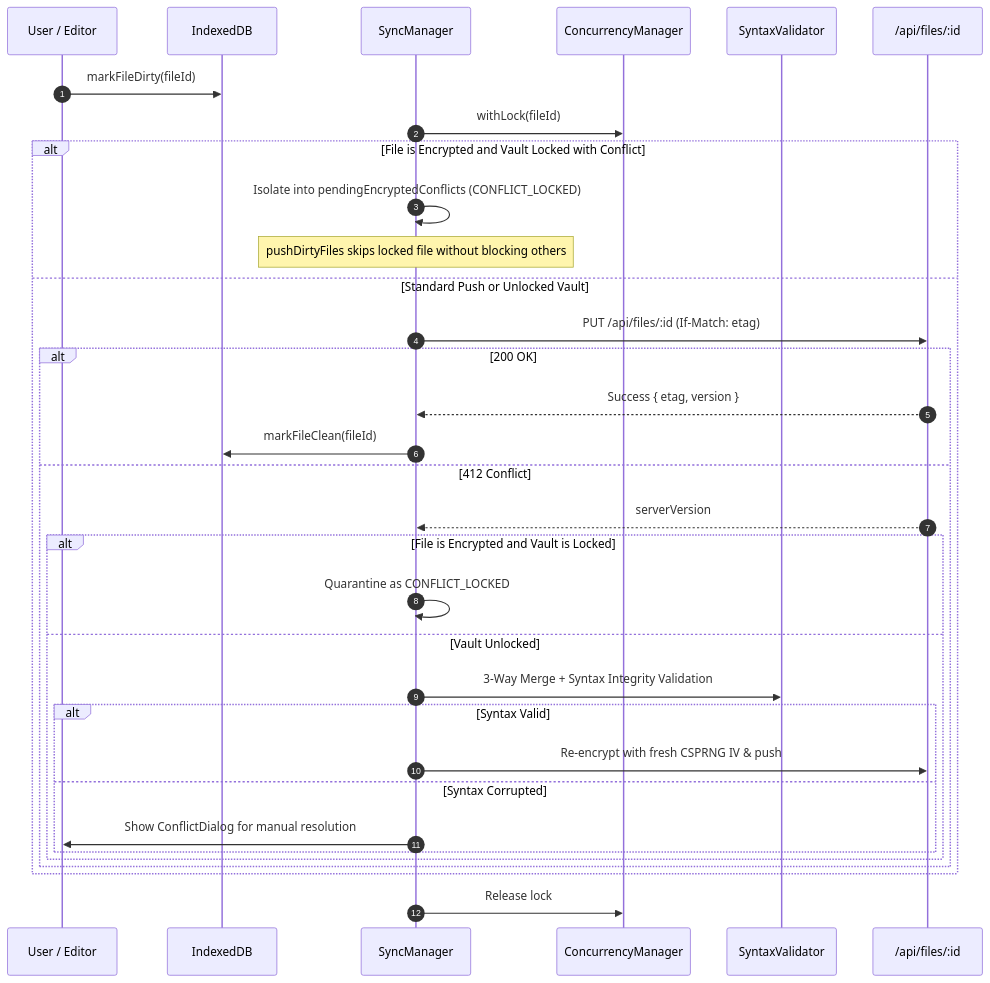
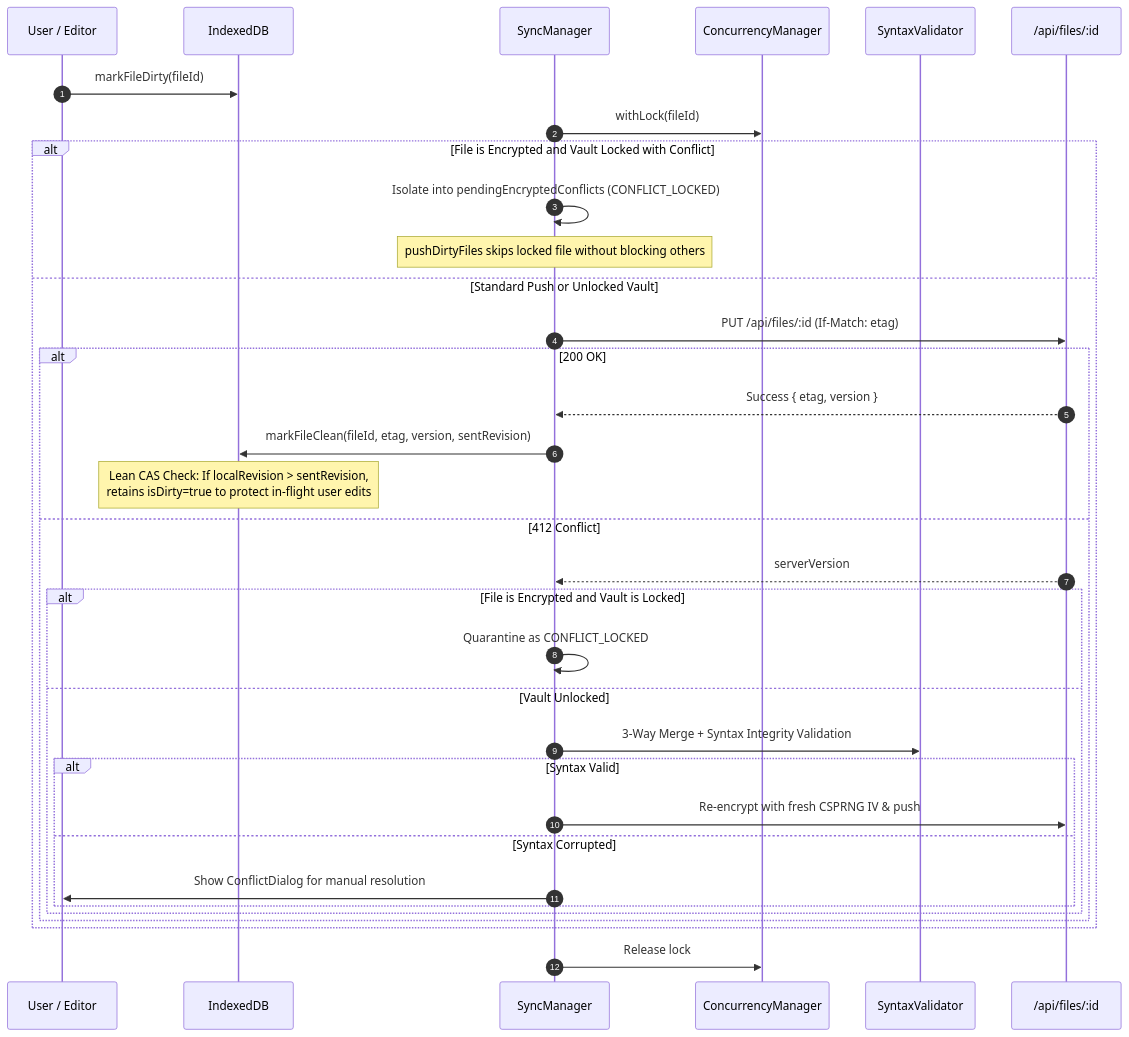
The second of 4 diagrams in docs/architecture/sync/sync-architecture-overview.md (Abdullah931-stack/LUGX), drawn with Mermaid before and after one commit. The commit also changed other lines of this file and 15 other files, not shown here.

````diff
--- a/docs/architecture/sync/sync-architecture-overview.md
+++ b/docs/architecture/sync/sync-architecture-overview.md
@@ -90,36 +90,37 @@
 ```mermaid
 sequenceDiagram
     autonumber
     participant UI as User / Editor
     participant IDB as IndexedDB
     participant Sync as SyncManager
     participant Lock as ConcurrencyManager
     participant Safe as SyntaxValidator
     participant API as /api/files/:id
 
     UI->>IDB: markFileDirty(fileId)
     Sync->>Lock: withLock(fileId)
     alt File is Encrypted and Vault Locked with Conflict
         Sync->>Sync: Isolate into pendingEncryptedConflicts (CONFLICT_LOCKED)
         Note over Sync: pushDirtyFiles skips locked file without blocking others
     else Standard Push or Unlocked Vault
         Sync->>API: PUT /api/files/:id (If-Match: etag)
         alt 200 OK
             API-->>Sync: Success { etag, version }
-            Sync->>IDB: markFileClean(fileId)
+            Sync->>IDB: markFileClean(fileId, etag, version, sentRevision)
+            Note over IDB: Lean CAS Check: If localRevision > sentRevision,<br/>retains isDirty=true to protect in-flight user edits
         else 412 Conflict
             API-->>Sync: serverVersion
             alt File is Encrypted and Vault is Locked
                 Sync->>Sync: Quarantine as CONFLICT_LOCKED
             else Vault Unlocked
                 Sync->>Safe: 3-Way Merge + Syntax Integrity Validation
                 alt Syntax Valid
                     Sync->>API: Re-encrypt with fresh CSPRNG IV & push
                 else Syntax Corrupted
                     Sync->>UI: Show ConflictDialog for manual resolution
                 end
             end
         end
     end
     Sync->>Lock: Release lock
 ```
````
